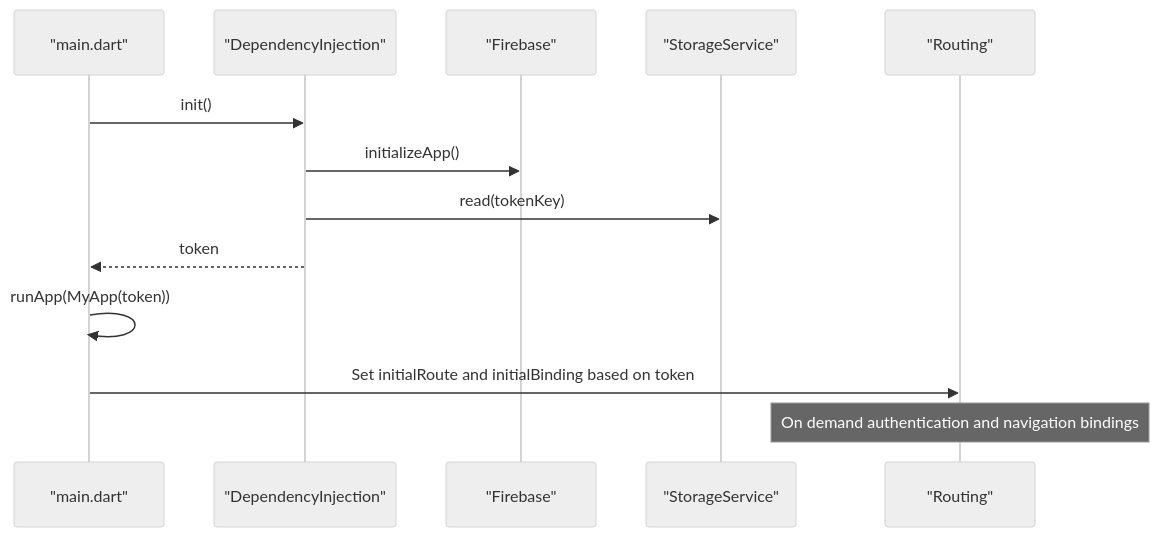
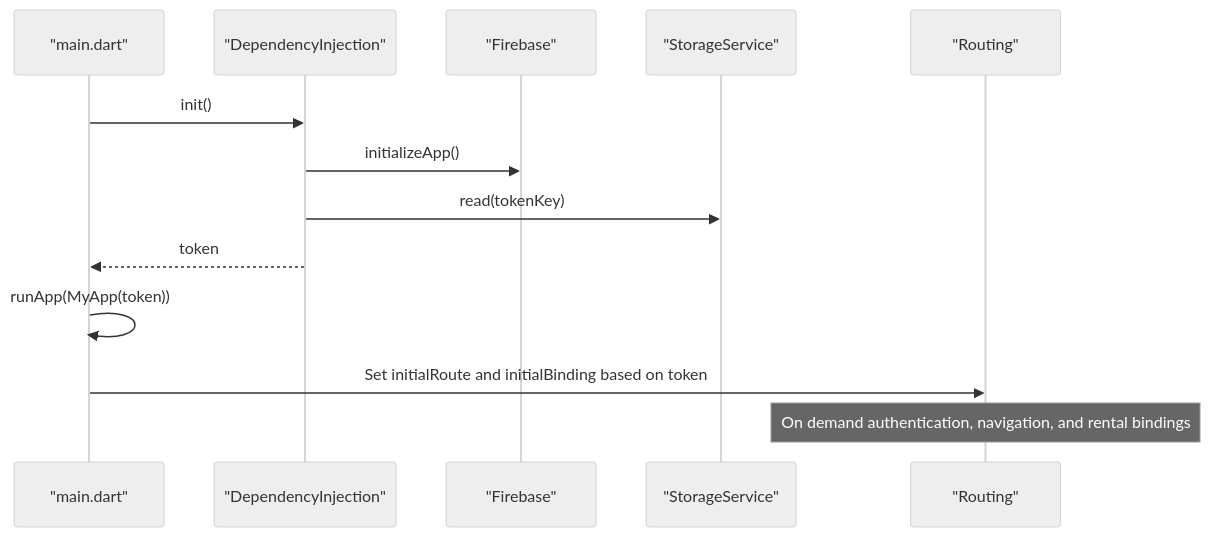
Diagram 13 of 17 in .qoder/repowiki/en/content/Architecture Overview/Dependency Injection System.md (Ariful3111/FurniGo), drawn with Mermaid (neutral theme) before and after one commit. The commit also changed other lines of this file and 10 other files, not shown here.

````diff
--- a/.qoder/repowiki/en/content/Architecture Overview/Dependency Injection System.md
+++ b/.qoder/repowiki/en/content/Architecture Overview/Dependency Injection System.md
@@ -633,15 +883,15 @@
 ```mermaid
 sequenceDiagram
 participant M as "main.dart"
 participant D as "DependencyInjection"
 participant F as "Firebase"
 participant S as "StorageService"
 participant R as "Routing"
 M->>D : init()
 D->>F : initializeApp()
 D->>S : read(tokenKey)
 D-->>M : token
 M->>M : runApp(MyApp(token))
 M->>R : Set initialRoute and initialBinding based on token
-Note over R : On demand authentication and navigation bindings
+Note over R : On demand authentication, navigation, and rental bindings
 ```
````
